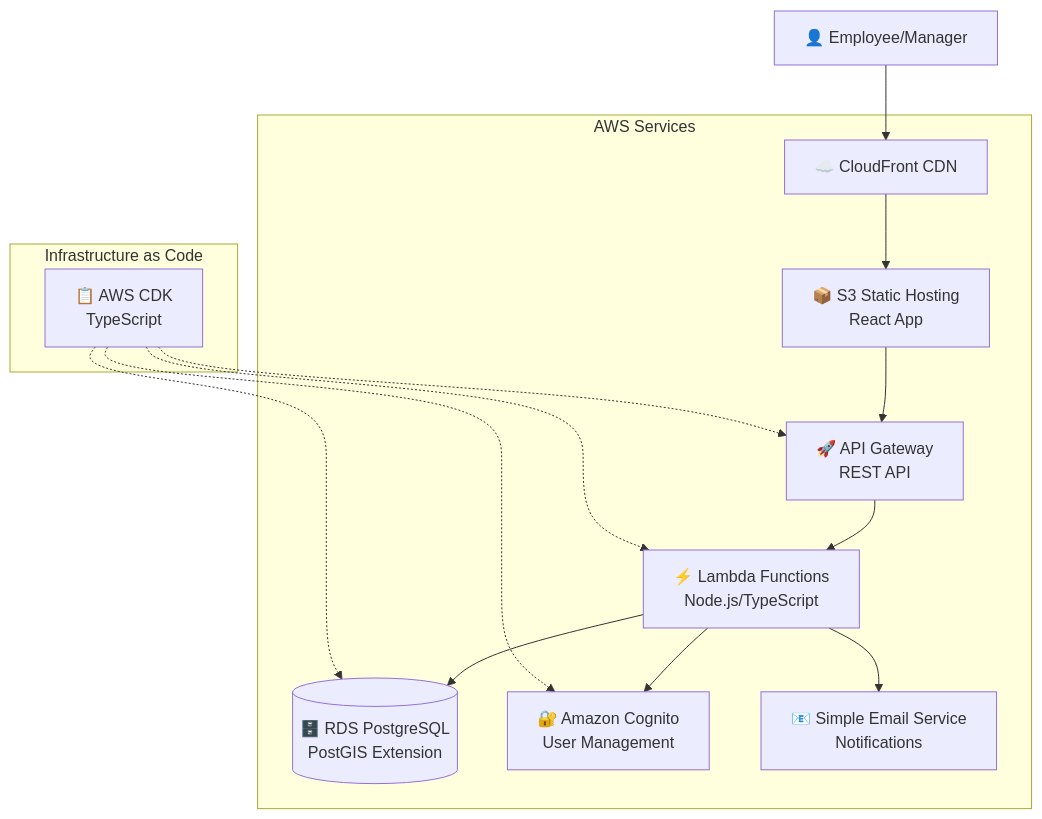
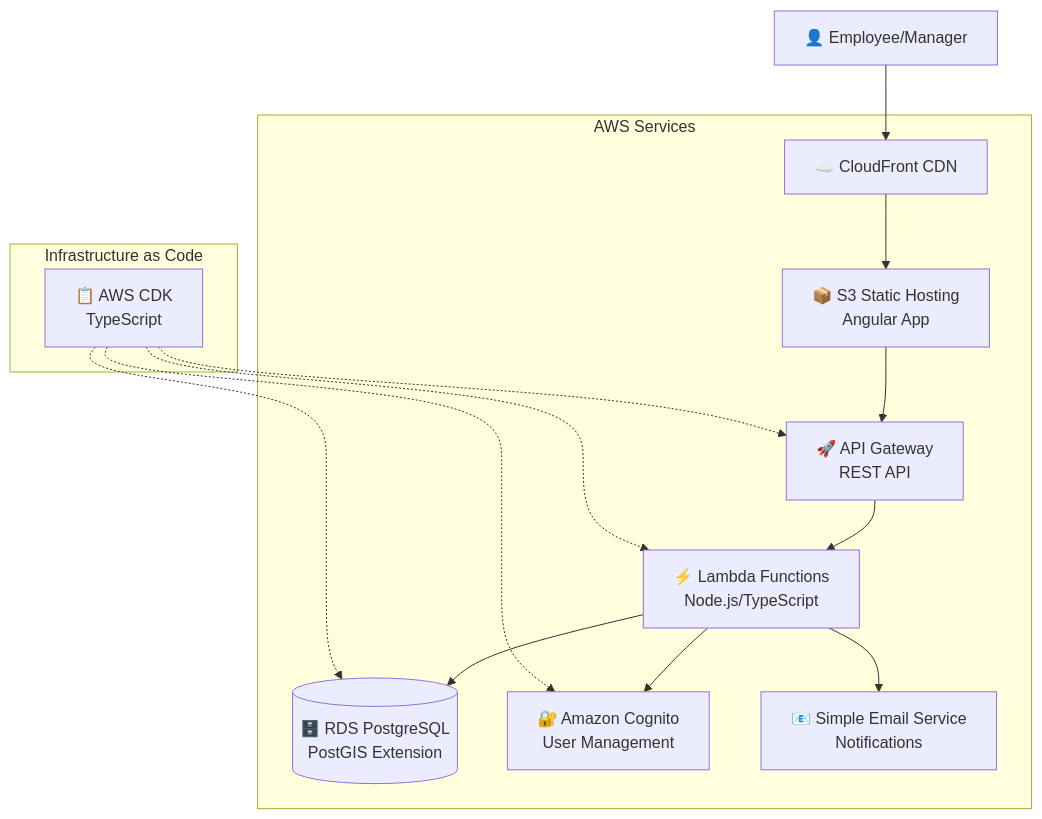
Before and after one commit to nissimbuchs/RegularTravelManager: the first of 2 diagrams in docs/architecture.md, drawn with Mermaid. The commit also changed other lines of this file and 90 other files, not shown here.

````diff
--- a/docs/architecture.md
+++ b/docs/architecture.md
@@ -60,31 +61,31 @@
 ```mermaid
 graph TB
     User[👤 Employee/Manager] --> CF[☁️ CloudFront CDN]
-    CF --> S3[📦 S3 Static Hosting<br/>React App]
+    CF --> S3[📦 S3 Static Hosting<br/>Angular App]
     
     S3 --> API[🚀 API Gateway<br/>REST API]
     API --> Lambda[⚡ Lambda Functions<br/>Node.js/TypeScript]
     
     Lambda --> RDS[(🗄️ RDS PostgreSQL<br/>PostGIS Extension)]
     Lambda --> Cognito[🔐 Amazon Cognito<br/>User Management]
     Lambda --> SES[📧 Simple Email Service<br/>Notifications]
     
     subgraph "AWS Services"
         CF
         S3
         API
         Lambda
         RDS
         Cognito
         SES
     end
     
     subgraph "Infrastructure as Code"
         CDK[📋 AWS CDK<br/>TypeScript]
     end
     
     CDK -.-> API
     CDK -.-> Lambda
     CDK -.-> RDS
     CDK -.-> Cognito
 ```
````
